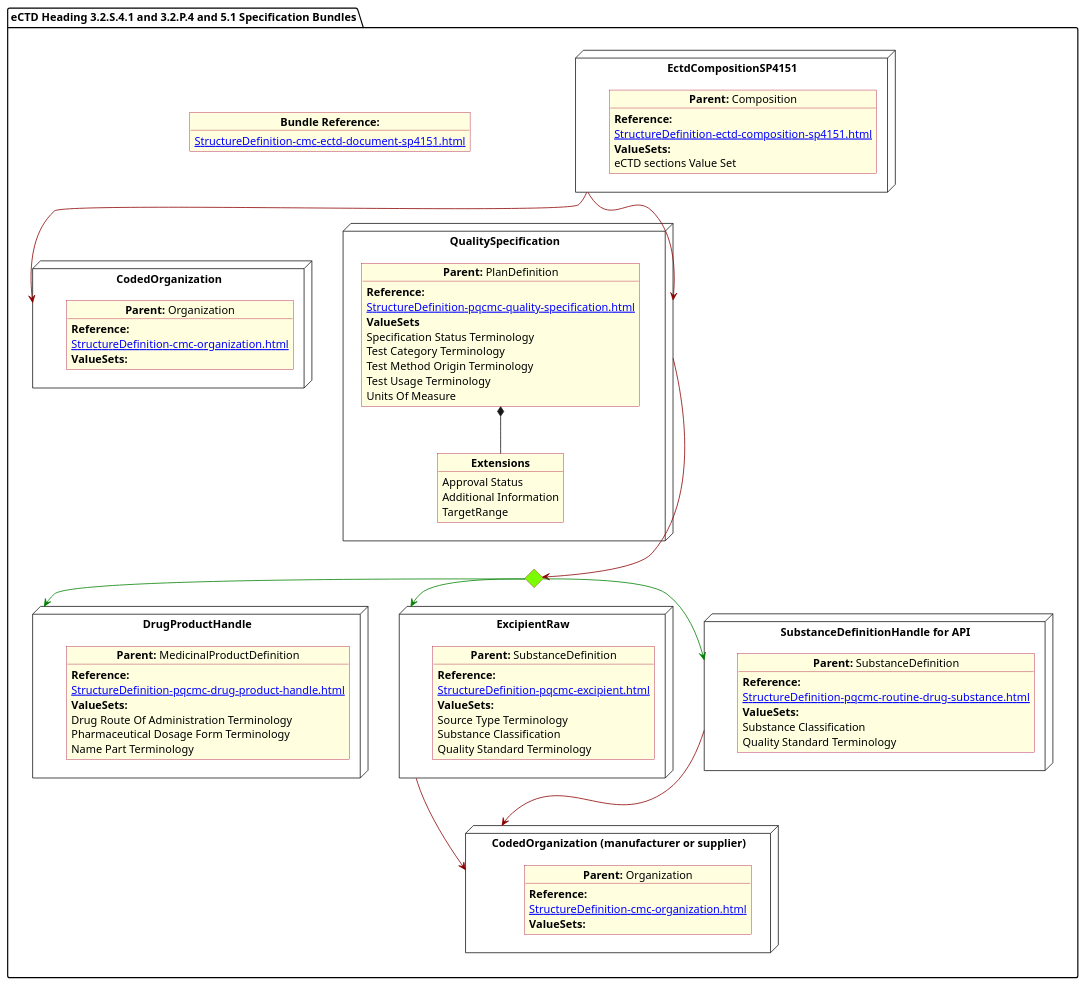
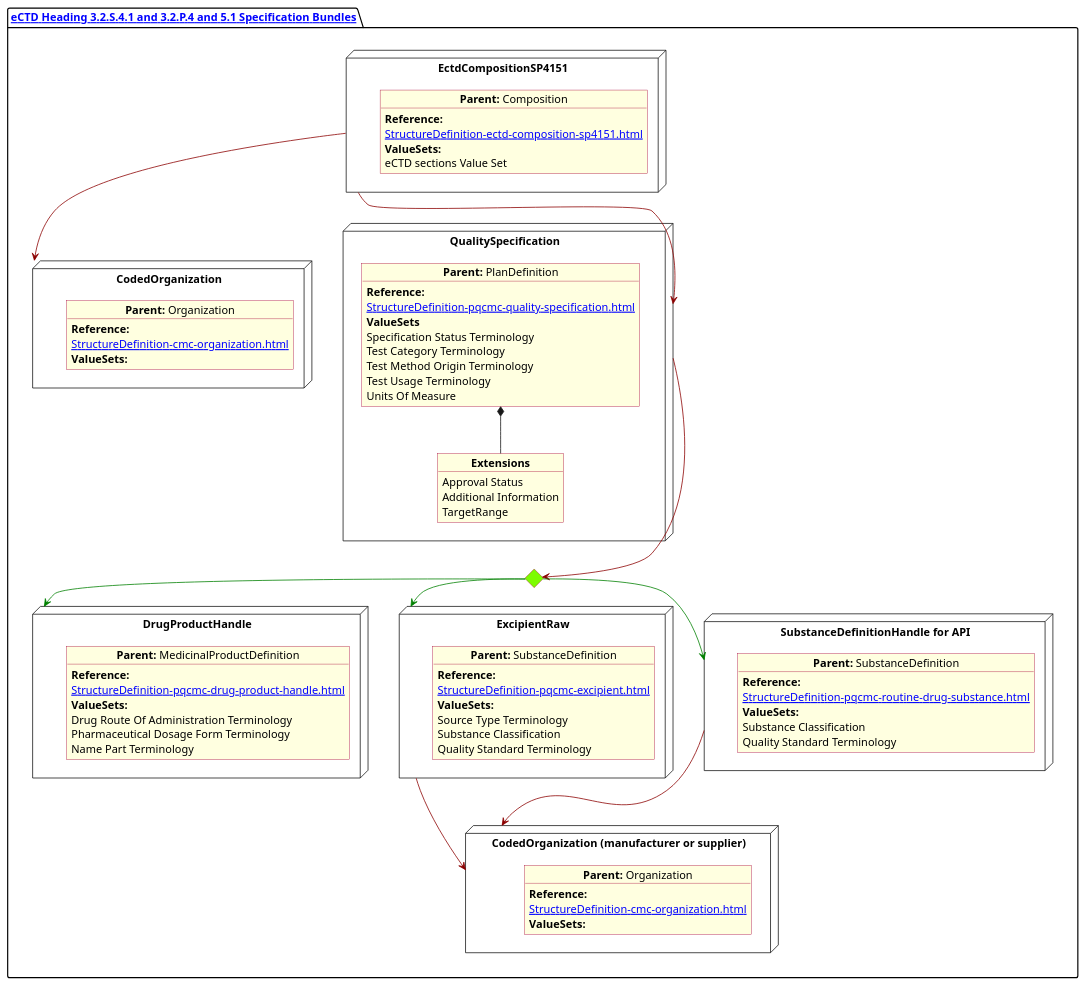
One commit to HL7/FHIR-us-pq-cmc-fda changed the diagram in input/images-source/Specification.plantuml. Above: the diagram before and after it, drawn with PlantUML. The commit also changed 11 other files, not shown here.

Commit message:
plantUML package has hyperlink to bundle

```diff
--- a/input/images-source/Specification.plantuml
+++ b/input/images-source/Specification.plantuml
@@ -1,109 +1,107 @@
 @startuml Specification
 allowmixing
 'Mixed model of use case and object
 skinparam svgDimensionStyle false
 skinparam ObjectBackgroundColor LightYellow
 skinparam ObjectBorderColor #A80036
 skinparam activityDiamondBorderColor #A80036
 skinparam activityDiamondBackgroundColor lawnGreen
 skinparam ClassBorderThickness 4
 
-package "eCTD Heading 3.2.S.4.1 and 3.2.P.4 and 5.1 Specification Bundles" as NODES {
-  object "**Bundle Reference:**" as objbun {
-    [[StructureDefinition-cmc-ectd-document-sp4151.html]]
-  }
+package "[[StructureDefinition-cmc-ectd-document-sp4151.html eCTD Heading 3.2.S.4.1 and 3.2.P.4 and 5.1 Specification Bundles]]" as NODES {
+
   node "CodedOrganization" as NMSpon {
 
     object "**Parent:** Organization" as objDP {
       **Reference:**
       [[StructureDefinition-cmc-organization.html]]
       **ValueSets:**
     }
   }
   node "DrugProductHandle" as NN {
 
     object "**Parent:** MedicinalProductDefinition" as obj3 {
       **Reference:**
       [[StructureDefinition-pqcmc-drug-product-handle.html]]
       **ValueSets:**
       Drug Route Of Administration Terminology
       Pharmaceutical Dosage Form Terminology
       Name Part Terminology
     }
   }
   node "ExcipientRaw" as N21 {
 
     object "**Parent:** SubstanceDefinition" as obj22 {
       **Reference:**
       [[StructureDefinition-pqcmc-excipient.html]]
       **ValueSets:**
       Source Type Terminology
       Substance Classification
       Quality Standard Terminology
       
     }
   }
 
   node "EctdCompositionSP4151" as N1 {
 
     object "**Parent:** Composition" as obj1 {
       **Reference:**
       [[StructureDefinition-ectd-composition-sp4151.html]]
       **ValueSets:**
       eCTD sections Value Set
     }
   }
 
 
   node "SubstanceDefinitionHandle for API" as NNS {
 
     object "**Parent:** SubstanceDefinition" as obj4 {
       **Reference:**
       [[StructureDefinition-pqcmc-routine-drug-substance.html]]
       **ValueSets:**
       Substance Classification
       Quality Standard Terminology
     }
   }
 
   diamond CH
 
   node "QualitySpecification" as N2 {
 
     object "**Parent:** PlanDefinition" as obj2 {
       **Reference:**
       [[StructureDefinition-pqcmc-quality-specification.html]]
       **ValueSets**
       Specification Status Terminology
       Test Category Terminology
       Test Method Origin Terminology
       Test Usage Terminology
       Units Of Measure
     }
     object "**Extensions**" as objQSEx {
       Approval Status
       Additional Information
       TargetRange
     }
     obj2 *-- objQSEx
   }
 
     node "CodedOrganization (manufacturer or supplier)" as NMSpon2 {
 
     object "**Parent:** Organization" as objDP2 {
       **Reference:**
       [[StructureDefinition-cmc-organization.html]]
       **ValueSets:**
     }
   }
   N1 -[#darkred]-> N2
   N1 -[#darkred]-> NMSpon
 
   N2 -[#darkred]--> CH
   CH -[#green]-> N21
   CH -[#green]-> NNS
   CH -[#green]-> NN
   NNS -[#darkred]--> NMSpon2
   N21 -[#darkred]--> NMSpon2
 }
 @enduml
```
